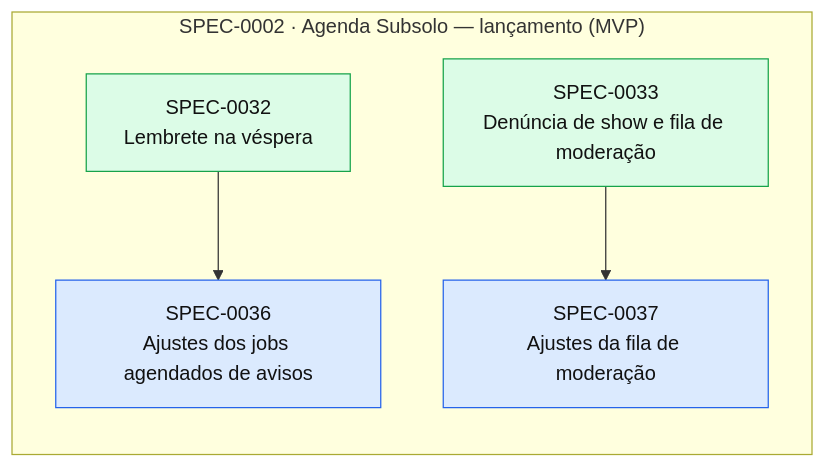
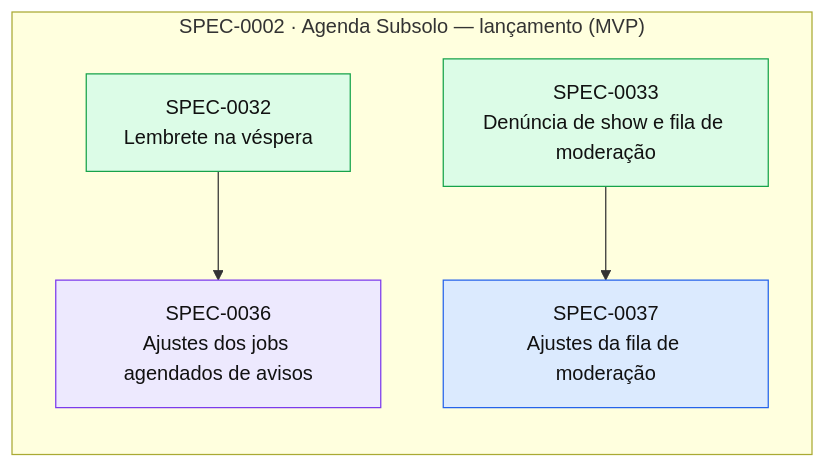
The diagram in docs/specs/INDEX.md (thomasravache/subsolo), drawn with Mermaid before and after one commit. The commit also changed other lines of this file and 1 other file, not shown here.

First line of the commit message:
docs(sdd): start SPEC-0036

````diff
--- a/docs/specs/INDEX.md
+++ b/docs/specs/INDEX.md
@@ -67,16 +67,16 @@
 ```mermaid
 flowchart LR
   subgraph E0002["SPEC-0002 · Agenda Subsolo — lançamento (MVP)"]
     S0032["SPEC-0032<br/>Lembrete na véspera"]:::implemented
     S0033["SPEC-0033<br/>Denúncia de show e fila de moderação"]:::implemented
-    S0036["SPEC-0036<br/>Ajustes dos jobs agendados de avisos"]:::approved
+    S0036["SPEC-0036<br/>Ajustes dos jobs agendados de avisos"]:::inprogress
     S0037["SPEC-0037<br/>Ajustes da fila de moderação"]:::approved
   end
   S0032 --> S0036
   S0033 --> S0037
   classDef proposed fill:#fef3c7,stroke:#d97706,color:#111
   classDef approved fill:#dbeafe,stroke:#2563eb,color:#111
   classDef inprogress fill:#ede9fe,stroke:#7c3aed,color:#111
   classDef implemented fill:#dcfce7,stroke:#16a34a,color:#111
   classDef deprecated fill:#f3f4f6,stroke:#9ca3af,color:#6b7280
 ```
````
